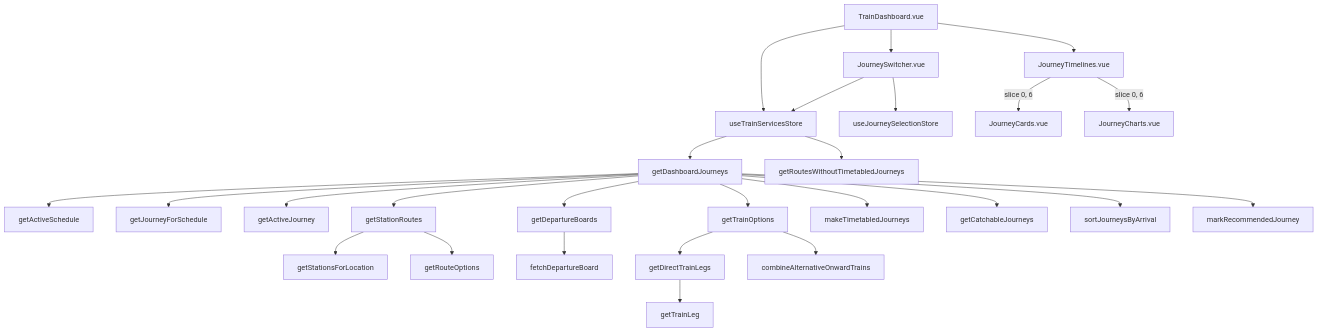
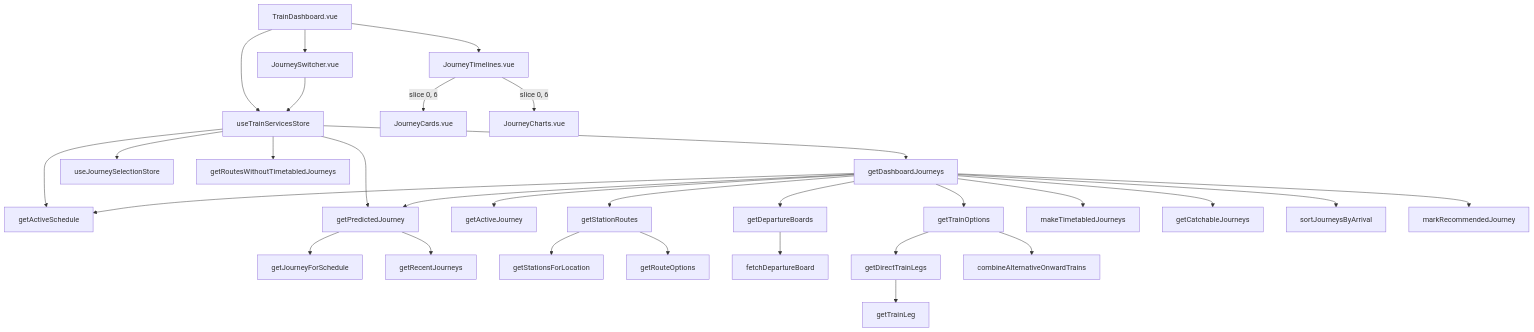
One commit to nd9600/trainDashboard changed the second of 2 diagrams in docs/journey-planning.md. Above: the diagram before and after it, drawn with Mermaid. The commit also changed other lines of this file and 7 other files, not shown here.

Commit message:
working on journey switcher

````diff
--- a/docs/journey-planning.md
+++ b/docs/journey-planning.md
@@ -79,57 +85,63 @@
 ```mermaid
 flowchart TD
     dashboard[TrainDashboard.vue]
     store[useTrainServicesStore]
     pipeline[getDashboardJourneys]
     active[getActiveSchedule]
-    predicted[getJourneyForSchedule]
+    scheduled[getJourneyForSchedule]
+    recent[getRecentJourneys]
+    predicted[getPredictedJourney]
     selected[getActiveJourney]
     switcher[JourneySwitcher.vue]
     selectionStore[useJourneySelectionStore]
     routes[getStationRoutes]
     stations[getStationsForLocation]
     options[getRouteOptions]
     boards[getDepartureBoards]
     api[fetchDepartureBoard]
     trains[getTrainOptions]
     direct[getDirectTrainLegs]
     service[getTrainLeg]
     alternatives[combineAlternativeOnwardTrains]
     sections[makeTimetabledJourneys]
     catchable[getCatchableJourneys]
     sort[sortJourneysByArrival]
     recommended[markRecommendedJourney]
     missing[getRoutesWithoutTimetabledJourneys]
     timelines[JourneyTimelines.vue]
     cards[JourneyCards.vue]
     charts[JourneyCharts.vue]
 
     dashboard --> store
     store --> pipeline
+    store --> selectionStore
+    store --> active
+    store --> predicted
     pipeline --> active
     pipeline --> predicted
     pipeline --> selected
     pipeline --> routes
+    predicted --> scheduled
+    predicted --> recent
     routes --> stations
     routes --> options
 
     pipeline --> boards
     boards --> api
     pipeline --> trains
     trains --> direct
     trains --> alternatives
     direct --> service
     pipeline --> sections
     pipeline --> catchable
     pipeline --> sort
     pipeline --> recommended
 
     dashboard --> switcher
     switcher --> store
-    switcher --> selectionStore
 
     store --> missing
     dashboard --> timelines
     timelines -->|slice 0, 6| cards
     timelines -->|slice 0, 6| charts
 ```
````
